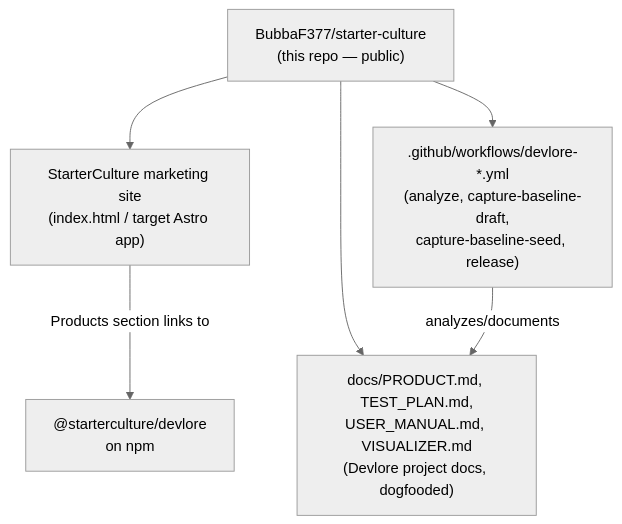
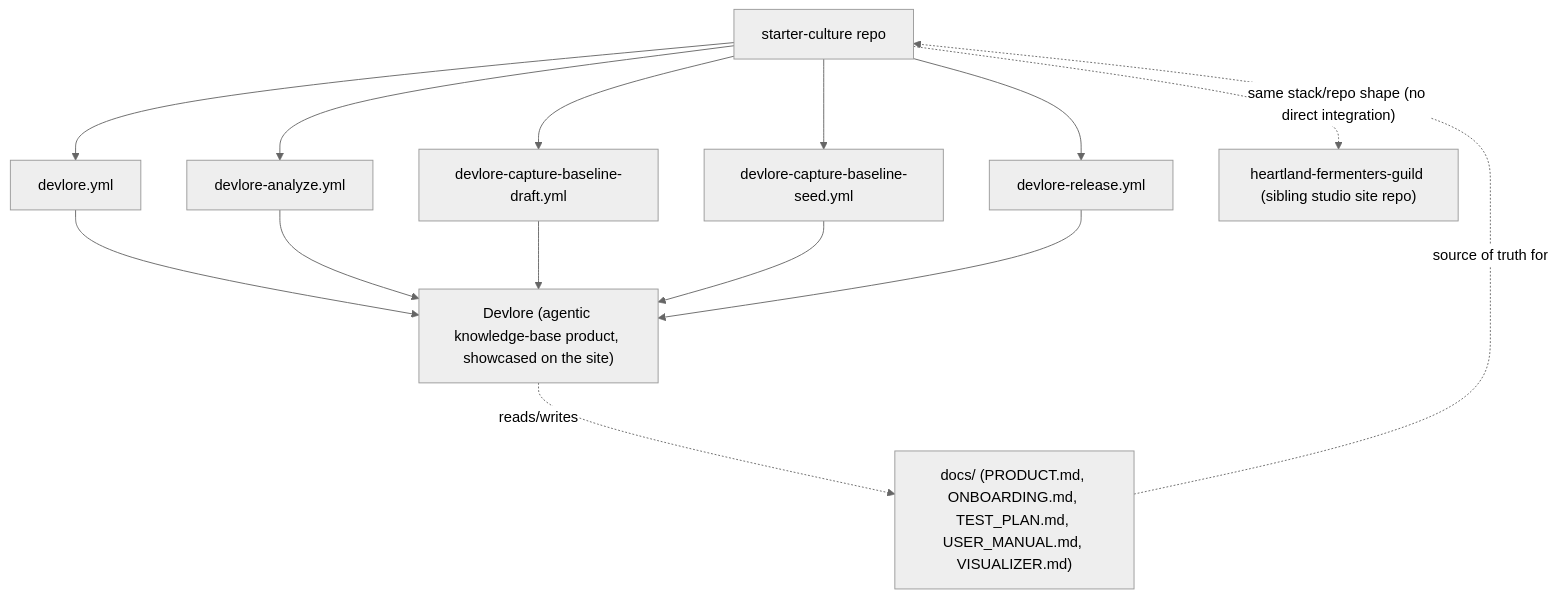
Before and after one commit to BubbaF377/starter-culture: the third of 3 diagrams in docs/VISUALIZER.md, drawn with Mermaid (neutral theme). The commit also changed other lines of this file, not shown here.

Commit message:
Update visualizer (requirements changed): starter-culture

````diff
--- a/docs/VISUALIZER.md
+++ b/docs/VISUALIZER.md
@@ -59,14 +73,27 @@
 ```mermaid
-flowchart TB
-    repo["BubbaF377/starter-culture<br/>(this repo — public)"]
-    site["StarterCulture marketing site<br/>(index.html / target Astro app)"]
-    devloreDocs["docs/PRODUCT.md, TEST_PLAN.md,<br/>USER_MANUAL.md, VISUALIZER.md<br/>(Devlore project docs, dogfooded)"]
-    devloreCI[".github/workflows/devlore-*.yml<br/>(analyze, capture-baseline-draft,<br/>capture-baseline-seed, release)"]
-    devlorePkg["@starterculture/devlore<br/>on npm"]
+graph TD
+    Repo["starter-culture repo"]
+    Docs["docs/ (PRODUCT.md, ONBOARDING.md, TEST_PLAN.md, USER_MANUAL.md, VISUALIZER.md)"]
+    WF1["devlore.yml"]
+    WF2["devlore-analyze.yml"]
+    WF3["devlore-capture-baseline-draft.yml"]
+    WF4["devlore-capture-baseline-seed.yml"]
+    WF5["devlore-release.yml"]
+    DevloreProduct["Devlore (agentic knowledge-base product, showcased on the site)"]
+    HFG["heartland-fermenters-guild (sibling studio site repo)"]
 
-    repo --> site
-    repo --> devloreDocs
-    repo --> devloreCI
-    devloreCI -->|analyzes/documents| devloreDocs
-    site -->|Products section links to| devlorePkg
+    Repo --> WF1
+    Repo --> WF2
+    Repo --> WF3
+    Repo --> WF4
+    Repo --> WF5
+    WF1 --> DevloreProduct
+    WF2 --> DevloreProduct
+    WF3 --> DevloreProduct
+    WF4 --> DevloreProduct
+    WF5 --> DevloreProduct
+    DevloreProduct -. reads/writes .-> Docs
+    Docs -. source of truth for .-> Repo
+
+    Repo -. "same stack/repo shape (no direct integration)" .-> HFG
 ```
````
